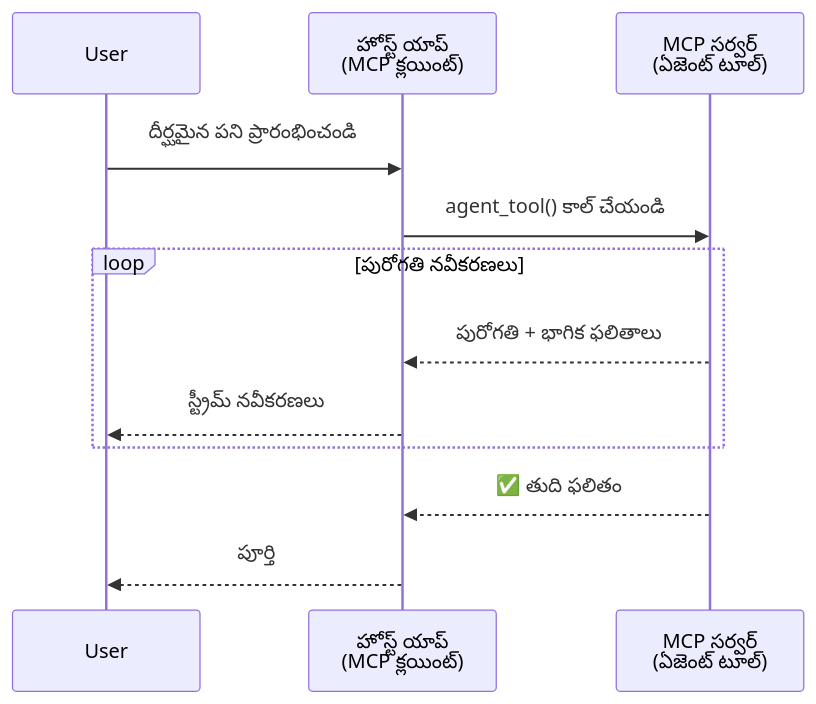
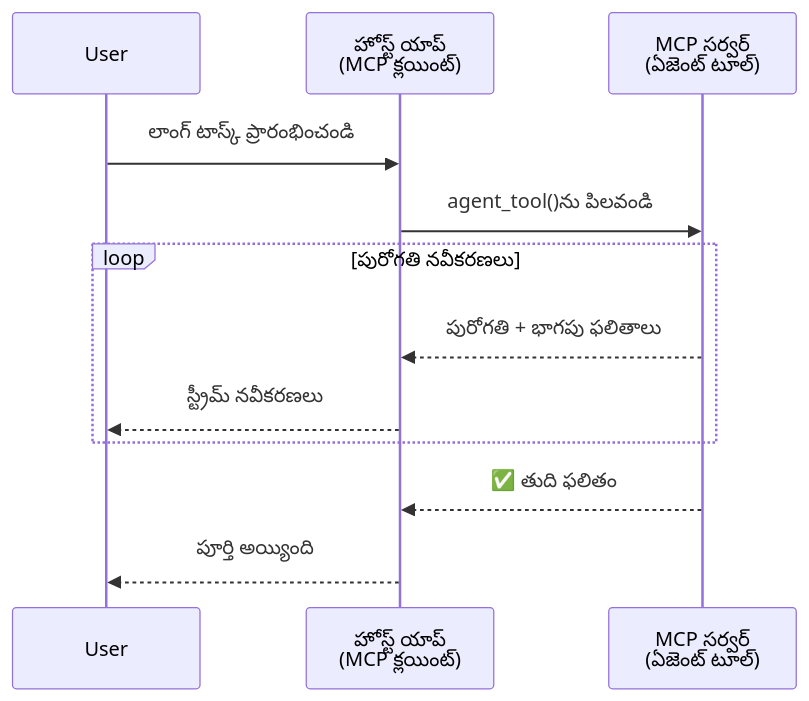
Before and after one commit to microsoft/ai-agents-for-beginners: the first of 5 diagrams in translations/te/11-agentic-protocols/code_samples/mcp-agents/README.md, drawn with Mermaid. The commit also changed other lines of this file and 224 other files, not shown here.

````diff
--- a/translations/te/11-agentic-protocols/code_samples/mcp-agents/README.md
+++ b/translations/te/11-agentic-protocols/code_samples/mcp-agents/README.md
@@ -46,17 +46,17 @@
 ```mermaid
 sequenceDiagram
     participant User
     participant Host as హోస్ట్ యాప్<br/>(MCP క్లయింట్)
     participant Server as MCP సర్వర్<br/>(ఏజెంట్ టూల్)
 
-    User->>Host: దీర్ఘమైన పని ప్రారంభించండి
-    Host->>Server: agent_tool() కాల్ చేయండి
+    User->>Host: లాంగ్ టాస్క్ ప్రారంభించండి
+    Host->>Server: agent_tool()ను పిలవండి
 
     loop పురోగతి నవీకరణలు
-        Server-->>Host: పురోగతి + భాగిక ఫలితాలు
+        Server-->>Host: పురోగతి + భాగపు ఫలితాలు
         Host-->>User: స్ట్రీమ్ నవీకరణలు
     end
 
     Server-->>Host: ✅ తుది ఫలితం
-    Host-->>User: పూర్తి
+    Host-->>User: పూర్తి అయ్యింది
 ```
````
